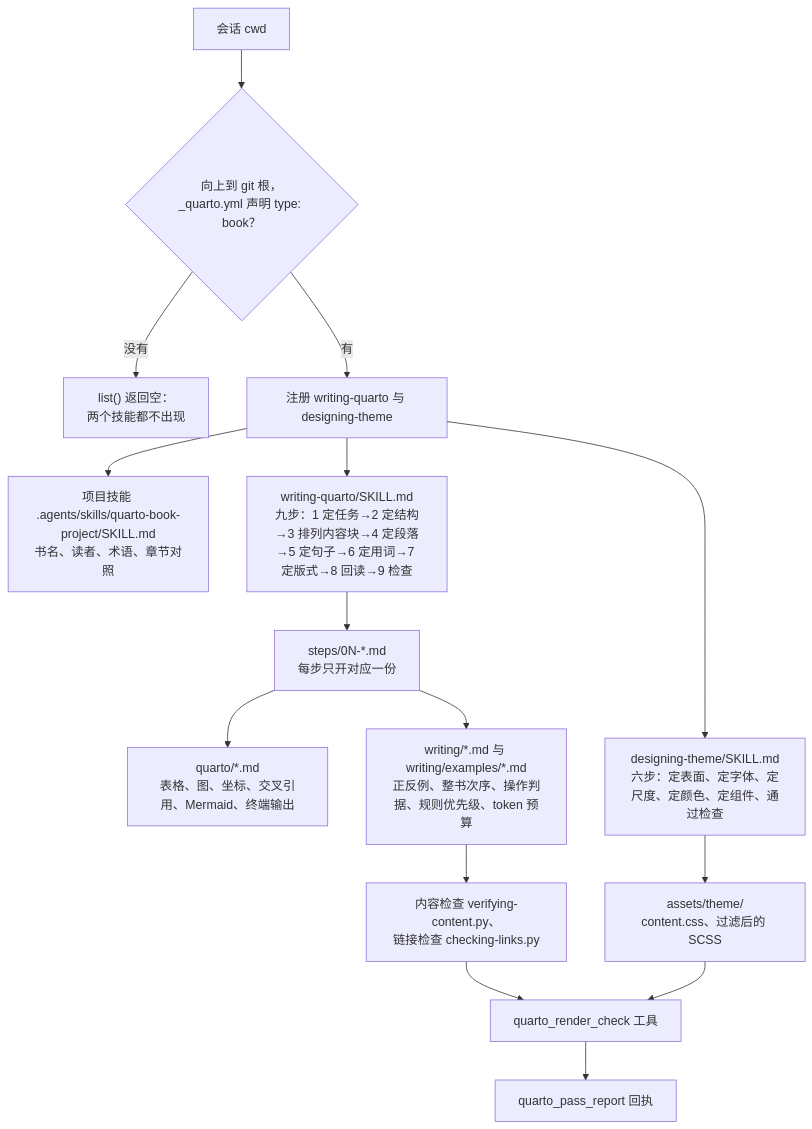
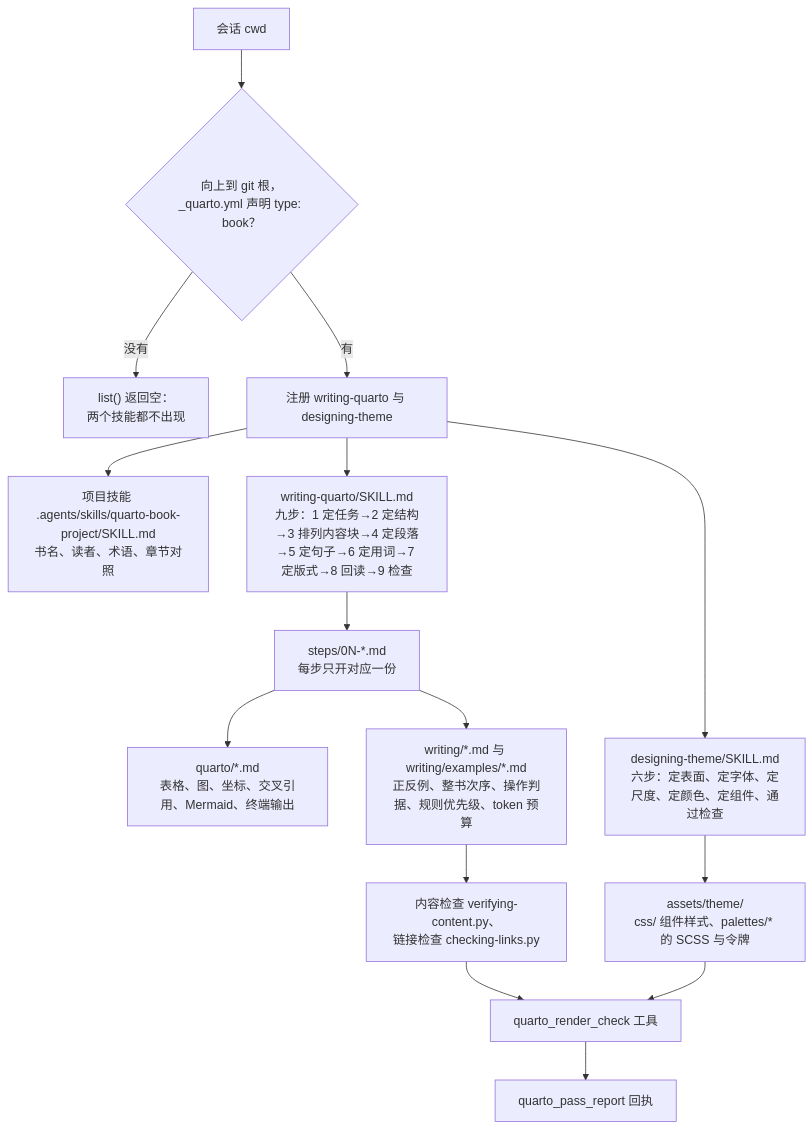
The diagram in docs/architecture.md (chengzhao-dev/dsh-quarto-book), drawn with Mermaid before and after one commit. The commit also changed other lines of this file and 58 other files, not shown here.

````diff
--- a/docs/architecture.md
+++ b/docs/architecture.md
@@ -7,17 +7,17 @@
 ```mermaid
 flowchart TD
     A["会话 cwd"] --> B{"向上到 git 根，<br/>_quarto.yml 声明 type: book？"}
     B -- 没有 --> C["list() 返回空：<br/>两个技能都不出现"]
     B -- 有 --> D["注册 writing-quarto 与 designing-theme"]
     D --> E["项目技能 .agents/skills/quarto-book-project/SKILL.md<br/>书名、读者、术语、章节对照"]
     D --> F["writing-quarto/SKILL.md<br/>九步：1 定任务→2 定结构→3 排列内容块→4 定段落→5 定句子→6 定用词→7 定版式→8 回读→9 检查"]
     F --> G["steps/0N-*.md<br/>每步只开对应一份"]
     G --> H["quarto/*.md<br/>表格、图、坐标、交叉引用、Mermaid、终端输出"]
     G --> I["writing/*.md 与 writing/examples/*.md<br/>正反例、整书次序、操作判据、规则优先级、token 预算"]
     I --> J["内容检查 verifying-content.py、<br/>链接检查 checking-links.py"]
     D --> K["designing-theme/SKILL.md<br/>六步：定表面、定字体、定尺度、定颜色、定组件、通过检查"]
-    K --> L["assets/theme/<br/>content.css、过滤后的 SCSS"]
+    K --> L["assets/theme/<br/>css/ 组件样式、palettes/* 的 SCSS 与令牌"]
     J --> M["quarto_render_check 工具"]
     L --> M
     M --> N["quarto_pass_report 回执"]
 ```
````
